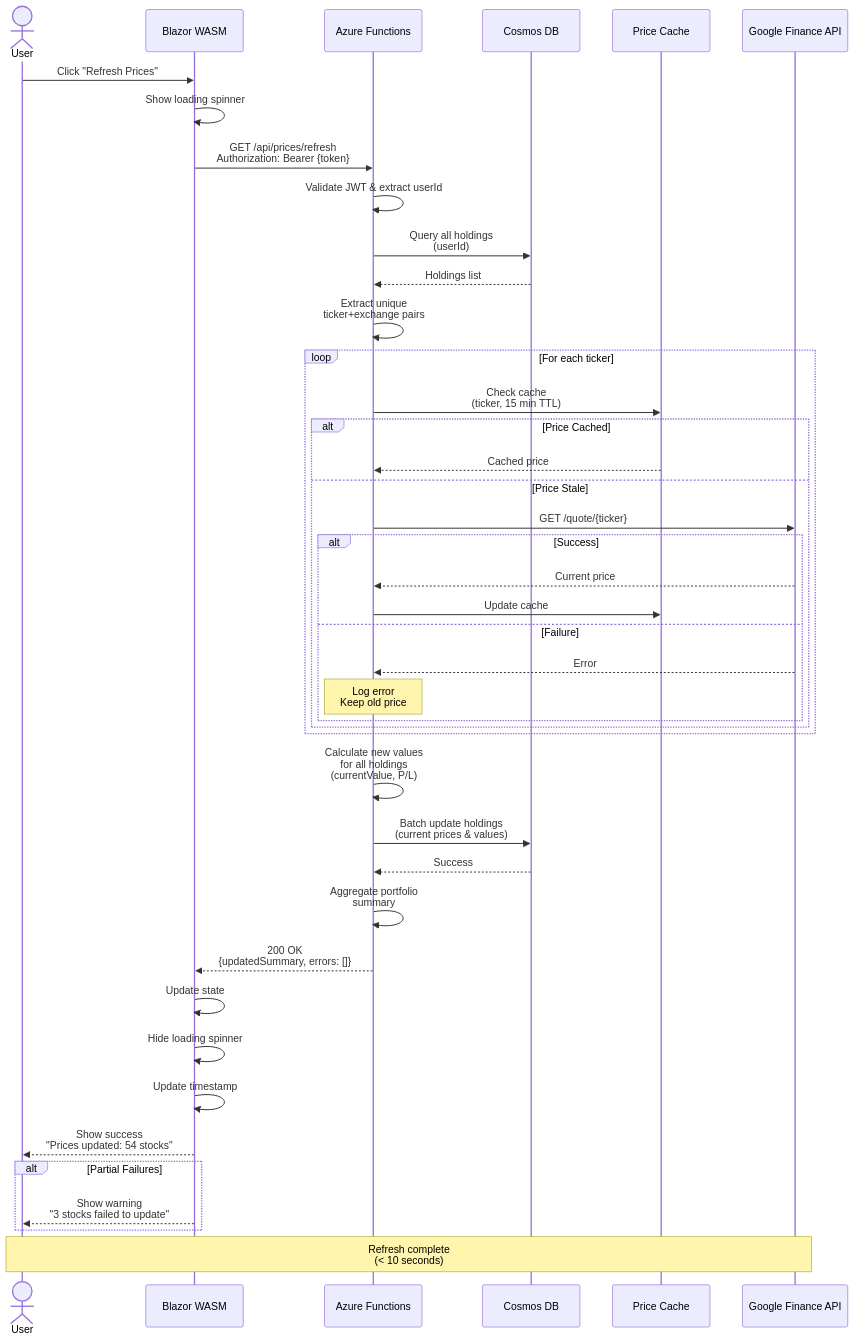
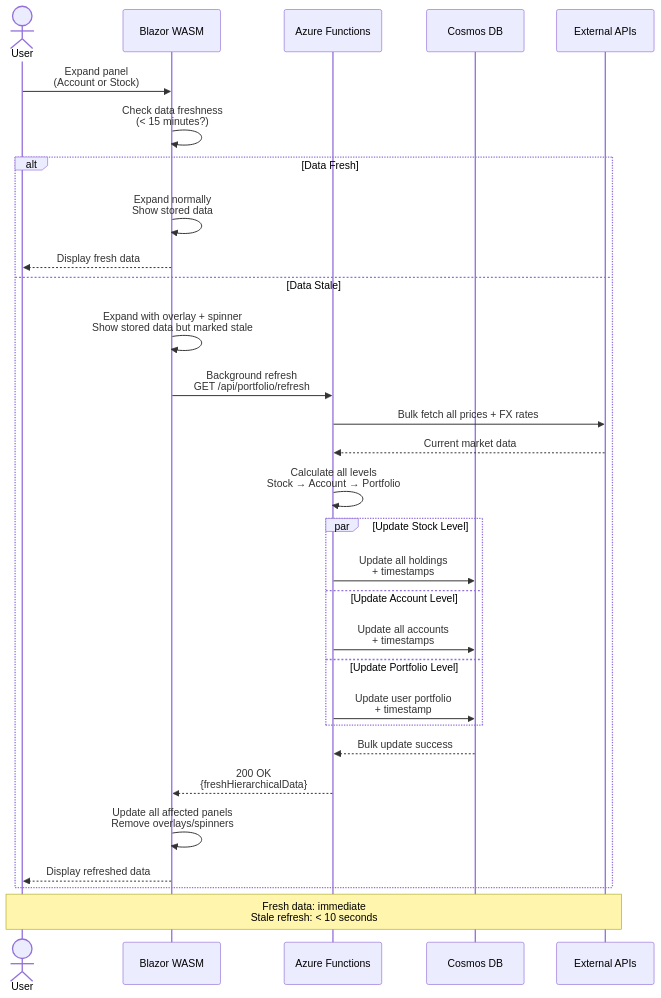
The fourth of 10 diagrams in docs/diagrams/use-case-flows.md (marcelrienks/Prosperity), drawn with Mermaid before and after one commit. The commit also changed other lines of this file and 7 other files, not shown here.

````diff
--- a/docs/diagrams/use-case-flows.md
+++ b/docs/diagrams/use-case-flows.md
@@ -159,58 +160,44 @@
 ```mermaid
 sequenceDiagram
     actor User
     participant Browser as Blazor WASM
     participant API as Azure Functions
     participant DB as Cosmos DB
-    participant Cache as Price Cache
-    participant ExtAPI as Google Finance API
+    participant ExtAPI as External APIs
 
-    User->>Browser: Click "Refresh Prices"
-    Browser->>Browser: Show loading spinner
+    User->>Browser: Expand panel<br/>(Account or Stock)
     
-    Browser->>API: GET /api/prices/refresh<br/>Authorization: Bearer {token}
+    Browser->>Browser: Check data freshness<br/>(< 15 minutes?)
     
-    API->>API: Validate JWT & extract userId
-    API->>DB: Query all holdings<br/>(userId)
-    DB-->>API: Holdings list
-    
-    API->>API: Extract unique<br/>ticker+exchange pairs
-    
-    loop For each ticker
-        API->>Cache: Check cache<br/>(ticker, 15 min TTL)
+    alt Data Fresh
+        Browser->>Browser: Expand normally<br/>Show stored data
+        Browser-->>User: Display fresh data
         
-        alt Price Cached
-            Cache-->>API: Cached price
-        else Price Stale
-            API->>ExtAPI: GET /quote/{ticker}
-            
-            alt Success
-                ExtAPI-->>API: Current price
-                API->>Cache: Update cache
-            else Failure
-                ExtAPI-->>API: Error
-                Note over API: Log error<br/>Keep old price
-            end
+    else Data Stale
+        Browser->>Browser: Expand with overlay + spinner<br/>Show stored data but marked stale
+        
+        Browser->>API: Background refresh<br/>GET /api/portfolio/refresh
+        
+        API->>ExtAPI: Bulk fetch all prices + FX rates
+        ExtAPI-->>API: Current market data
+        
+        API->>API: Calculate all levels<br/>Stock → Account → Portfolio
+        
+        par Update Stock Level
+            API->>DB: Update all holdings<br/>+ timestamps
+        and Update Account Level  
+            API->>DB: Update all accounts<br/>+ timestamps
+        and Update Portfolio Level
+            API->>DB: Update user portfolio<br/>+ timestamp
         end
-    end
-    
-    API->>API: Calculate new values<br/>for all holdings<br/>(currentValue, P/L)
-    
-    API->>DB: Batch update holdings<br/>(current prices & values)
-    DB-->>API: Success
-    
-    API->>API: Aggregate portfolio<br/>summary
-    
-    API-->>Browser: 200 OK<br/>{updatedSummary, errors: []}
-    
-    Browser->>Browser: Update state
-    Browser->>Browser: Hide loading spinner
-    Browser->>Browser: Update timestamp
-    Browser-->>User: Show success<br/>"Prices updated: 54 stocks"
-    
-    alt Partial Failures
-        Browser-->>User: Show warning<br/>"3 stocks failed to update"
+        
+        DB-->>API: Bulk update success
+        
+        API-->>Browser: 200 OK<br/>{freshHierarchicalData}
+        
+        Browser->>Browser: Update all affected panels<br/>Remove overlays/spinners
+        Browser-->>User: Display refreshed data
     end
 
-    Note over User,ExtAPI: Refresh complete<br/>(< 10 seconds)
+    Note over User,ExtAPI: Fresh data: immediate<br/>Stale refresh: < 10 seconds
 ```
````
